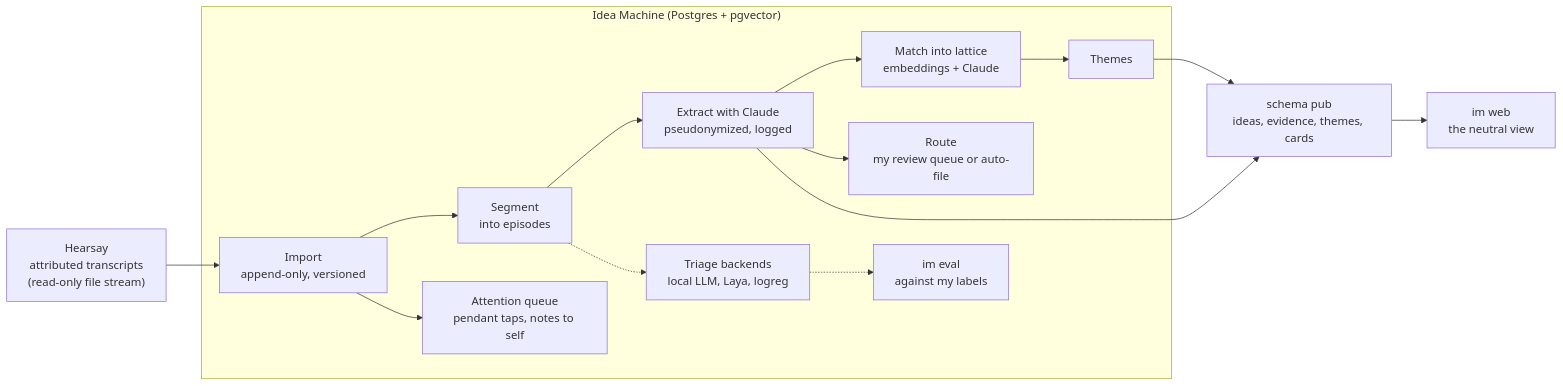
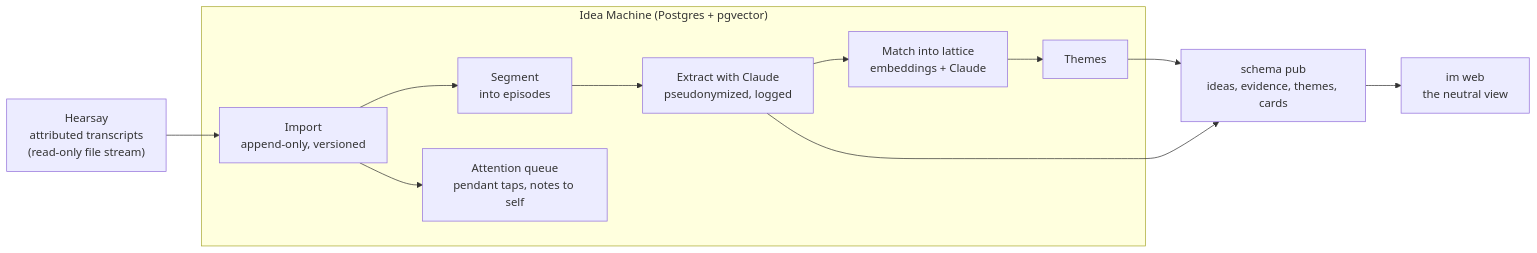
One commit to junglestyle/ideamachine changed the diagram in README.md. Above: the diagram before and after it, drawn with Mermaid. The commit also changed other lines of this file and 31 other files, not shown here.

Commit message:
Retire V1 routing: router v3, im review, im label, im eval, im train, im project and the triage backends go; migration 067 drops their tables (stopping if labels or projects hold rows); the models extra is only the lattice's embeddings; decision 0014

````diff
--- a/README.md
+++ b/README.md
@@ -25,19 +25,16 @@
 ```mermaid
 flowchart LR
     H["Hearsay<br/>attributed transcripts<br/>(read-only file stream)"] --> I
 
     subgraph IM["Idea Machine (Postgres + pgvector)"]
         I["Import<br/>append-only, versioned"] --> S["Segment<br/>into episodes"]
         S --> X["Extract with Claude<br/>pseudonymized, logged"]
         X --> M["Match into lattice<br/>embeddings + Claude"]
         M --> T["Themes"]
-        X --> R["Route<br/>my review queue or auto-file"]
         I --> Q["Attention queue<br/>pendant taps, notes to self"]
-        S -.-> TR["Triage backends<br/>local LLM, Laya, logreg"]
-        TR -.-> EV["im eval<br/>against my labels"]
     end
 
     T --> P["schema pub<br/>ideas, evidence, themes, cards"]
     X --> P
     P --> L["im web<br/>the neutral view"]
 ```
````
